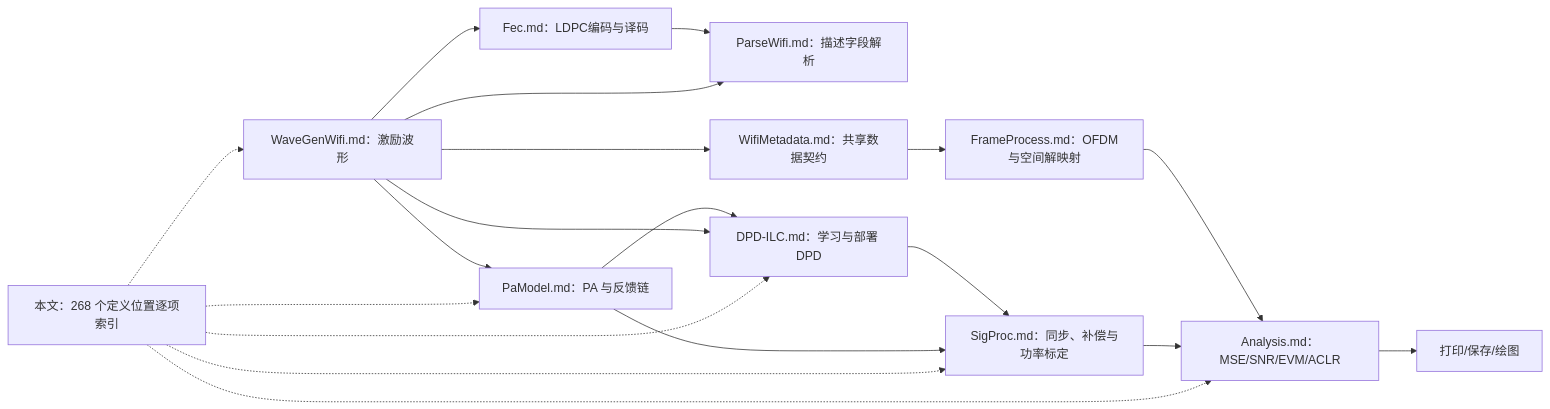
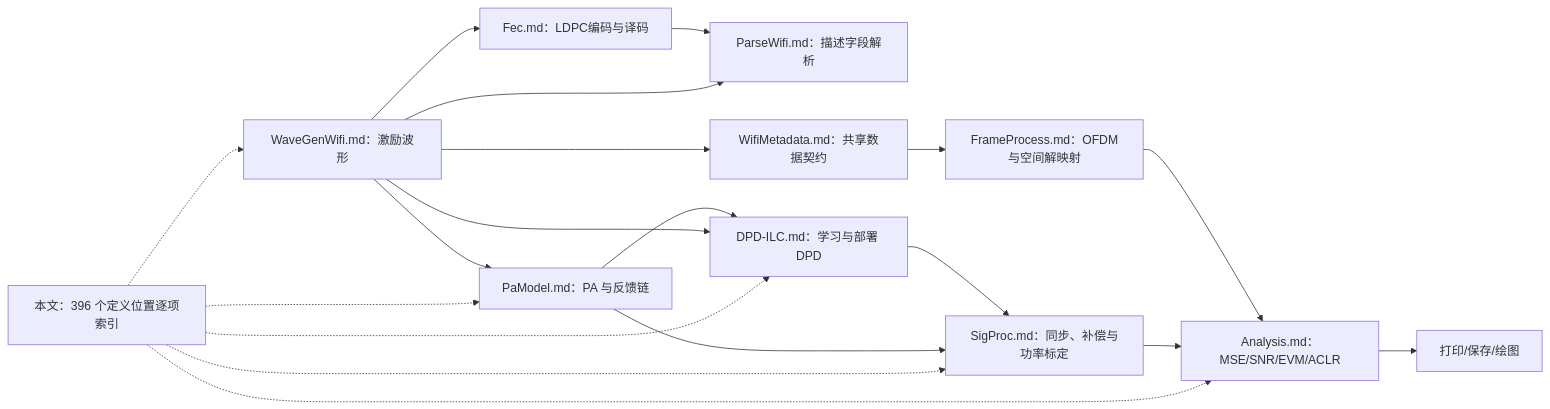
One commit to niyilu45/DPD_ILC changed the diagram in doc/FunctionPrinciples.md. Above: the diagram before and after it, drawn with Mermaid. The commit also changed other lines of this file and 14 other files, not shown here.

````diff
--- a/doc/FunctionPrinciples.md
+++ b/doc/FunctionPrinciples.md
@@ -20,21 +20,21 @@
 ```mermaid
 flowchart LR
     wave["WaveGenWifi.md：激励波形"] --> pa["PaModel.md：PA 与反馈链"]
     wave --> fec["Fec.md：LDPC编码与译码"]
     fec --> parser["ParseWifi.md：描述字段解析"]
     wave --> parser
     pa --> ilc["DPD-ILC.md：学习与部署 DPD"]
     wave --> ilc
     ilc --> sync["SigProc.md：同步、补偿与功率标定"]
     wave --> metadata["WifiMetadata.md：共享数据契约"]
     metadata --> frame["FrameProcess.md：OFDM与空间解映射"]
     frame --> analysis
     pa --> sync
     sync --> analysis["Analysis.md：MSE/SNR/EVM/ACLR"]
     analysis --> report["打印/保存/绘图"]
-    audit["本文：268 个定义位置逐项索引"] -.-> wave
+    audit["本文：396 个定义位置逐项索引"] -.-> wave
     audit -.-> pa
     audit -.-> ilc
     audit -.-> sync
     audit -.-> analysis
 ```
````
